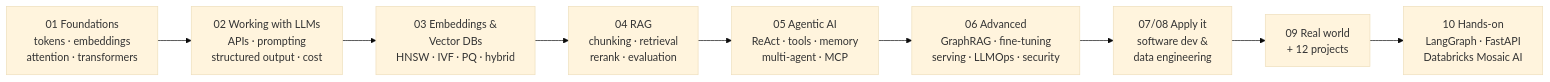
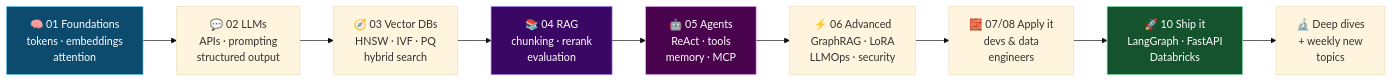
Before and after one commit to alam0604/llm-rag-agentic-ai-learning: the first of 2 diagrams in README.md, drawn with Mermaid (base theme). The commit also changed other lines of this file and 2 other files, not shown here.

````diff
--- a/README.md
+++ b/README.md
@@ -11,11 +58,15 @@
 ```mermaid
 flowchart LR
-    A["01 Foundations<br/>tokens · embeddings<br/>attention · transformers"] --> B["02 Working with LLMs<br/>APIs · prompting<br/>structured output · cost"]
-    B --> C["03 Embeddings &<br/>Vector DBs<br/>HNSW · IVF · PQ · hybrid"]
-    C --> D["04 RAG<br/>chunking · retrieval<br/>rerank · evaluation"]
-    D --> E["05 Agentic AI<br/>ReAct · tools · memory<br/>multi-agent · MCP"]
-    E --> F["06 Advanced<br/>GraphRAG · fine-tuning<br/>serving · LLMOps · security"]
-    F --> G["07/08 Apply it<br/>software dev &<br/>data engineering"]
-    G --> H["09 Real world<br/>+ 12 projects"]
-    H --> I["10 Hands-on<br/>LangGraph · FastAPI<br/>Databricks Mosaic AI"]
+    A["🧠 01 Foundations<br/>tokens · embeddings<br/>attention"] --> B["💬 02 LLMs<br/>APIs · prompting<br/>structured output"]
+    B --> C["🧭 03 Vector DBs<br/>HNSW · IVF · PQ<br/>hybrid search"]
+    C --> D["📚 04 RAG<br/>chunking · rerank<br/>evaluation"]
+    D --> E["🤖 05 Agents<br/>ReAct · tools<br/>memory · MCP"]
+    E --> F["⚡ 06 Advanced<br/>GraphRAG · LoRA<br/>LLMOps · security"]
+    F --> G["🧱 07/08 Apply it<br/>devs & data<br/>engineers"]
+    G --> H["🚀 10 Ship it<br/>LangGraph · FastAPI<br/>Databricks"]
+    H --> I["🔬 Deep dives<br/>+ weekly new<br/>topics"]
+    style A fill:#0c4a6e,color:#fff,stroke:#7dd3fc
+    style D fill:#3b0764,color:#fff,stroke:#a78bfa
+    style E fill:#4a044e,color:#fff,stroke:#f0abfc
+    style H fill:#14532d,color:#fff,stroke:#86efac
 ```
````
